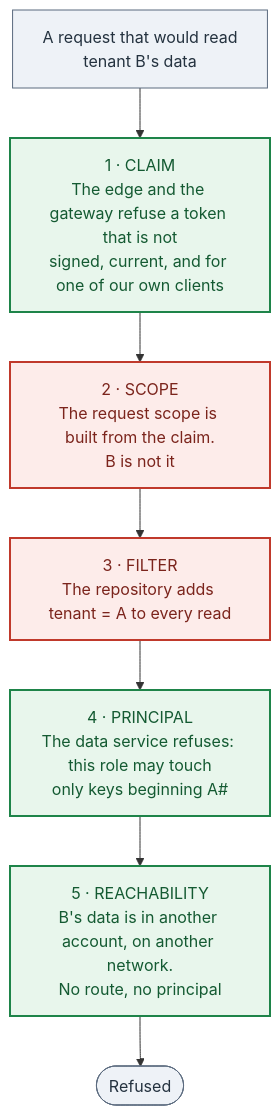
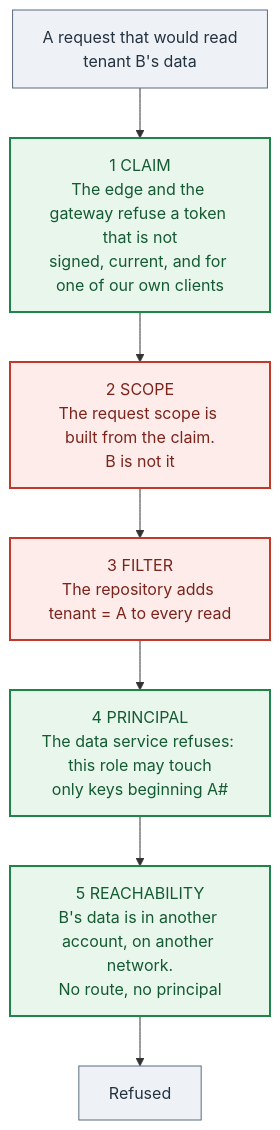
Before and after one commit to paulmorrishill/DecentWebArchitecture: the second of 3 diagrams in docs/31-multi-tenancy.md, drawn with Mermaid. The commit also changed other lines of this file and 2 other files, not shown here.

````diff
--- a/docs/31-multi-tenancy.md
+++ b/docs/31-multi-tenancy.md
@@ -78,18 +153,18 @@
 ```mermaid
 flowchart TD
     REQ["A request that would read<br/>tenant B's data"]
-    B1["1 · CLAIM<br/>The edge and the gateway refuse a token that is not<br/>signed, current, and for one of our own clients"]
-    B2["2 · SCOPE<br/>The request scope is built from the claim.<br/>B is not it"]
-    B3["3 · FILTER<br/>The repository adds tenant = A to every read"]
-    B4["4 · PRINCIPAL<br/>The data service refuses: this role may touch<br/>only keys beginning A#"]
-    B5["5 · REACHABILITY<br/>B's data is in another account, on another network.<br/>No route, no principal"]
-    OUT(["Refused"])
+    B1["1 CLAIM<br/>The edge and the gateway refuse a token that is not<br/>signed, current, and for one of our own clients"]
+    B2["2 SCOPE<br/>The request scope is built from the claim.<br/>B is not it"]
+    B3["3 FILTER<br/>The repository adds tenant = A to every read"]
+    B4["4 PRINCIPAL<br/>The data service refuses: this role may touch<br/>only keys beginning A#"]
+    B5["5 REACHABILITY<br/>B's data is in another account, on another network.<br/>No route, no principal"]
+    OUT["Refused"]
     REQ --> B1 --> B2 --> B3 --> B4 --> B5 --> OUT
 
     classDef code fill:#fdecea,stroke:#c0392b,stroke-width:2px,color:#7b241c;
     classDef infra fill:#e8f6ec,stroke:#1e8449,stroke-width:2px,color:#145a32;
     classDef plain fill:#eef2f7,stroke:#5b6b7f,color:#24323f;
     class B2,B3 code;
     class B1,B4,B5 infra;
     class REQ,OUT plain;
 ```
````
